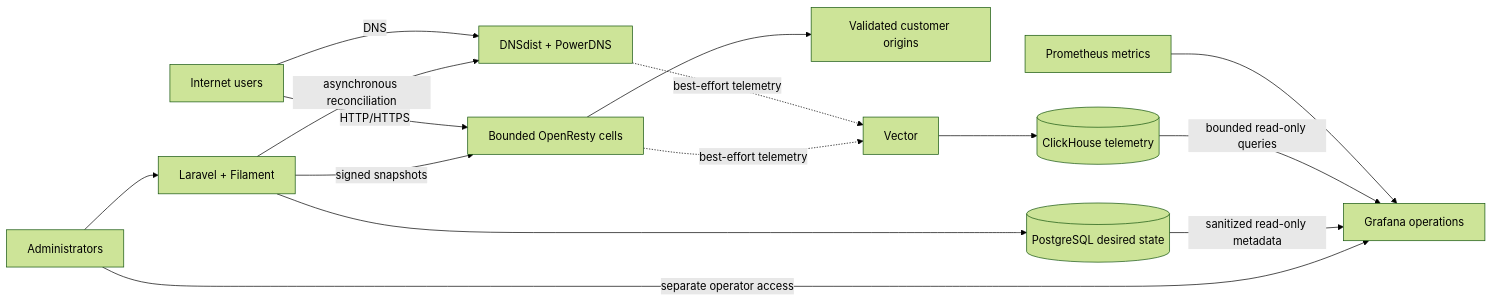
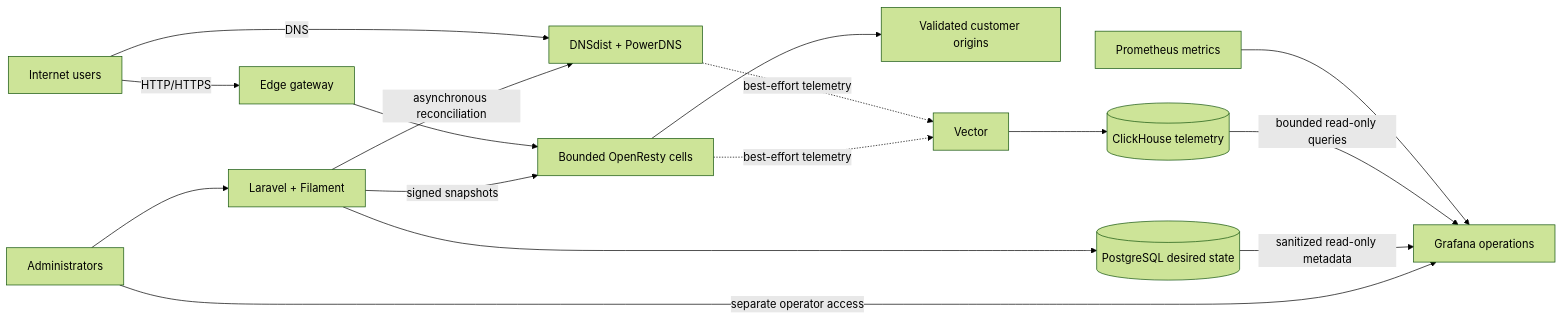
Before and after one commit to vaheed/CDNFoundry: the diagram in docs/index.md, drawn with Mermaid (forest theme). The commit also changed other lines of this file and 73 other files, not shown here.

````diff
--- a/docs/index.md
+++ b/docs/index.md
@@ -44,17 +47,18 @@
 ```mermaid
 flowchart LR
     Users["Internet users"] -->|"DNS"| DNS["DNSdist + PowerDNS"]
-    Users -->|"HTTP/HTTPS"| Edge["Bounded OpenResty cells"]
+    Users -->|"HTTP/HTTPS"| Gateway["Edge gateway"]
+    Gateway --> Edge["Bounded OpenResty cells"]
     Edge --> Origin["Validated customer origins"]
     Admins["Administrators"] --> Control["Laravel + Filament"]
     Control --> State[("PostgreSQL desired state")]
     Control -->|"asynchronous reconciliation"| DNS
     Control -->|"signed snapshots"| Edge
     DNS -. "best-effort telemetry" .-> Vector["Vector"]
     Edge -. "best-effort telemetry" .-> Vector
     Vector --> ClickHouse[("ClickHouse telemetry")]
     Prometheus["Prometheus metrics"] --> Grafana["Grafana operations"]
     ClickHouse -->|"bounded read-only queries"| Grafana
     State -->|"sanitized read-only metadata"| Grafana
     Admins -->|"separate operator access"| Grafana
 ```
````
